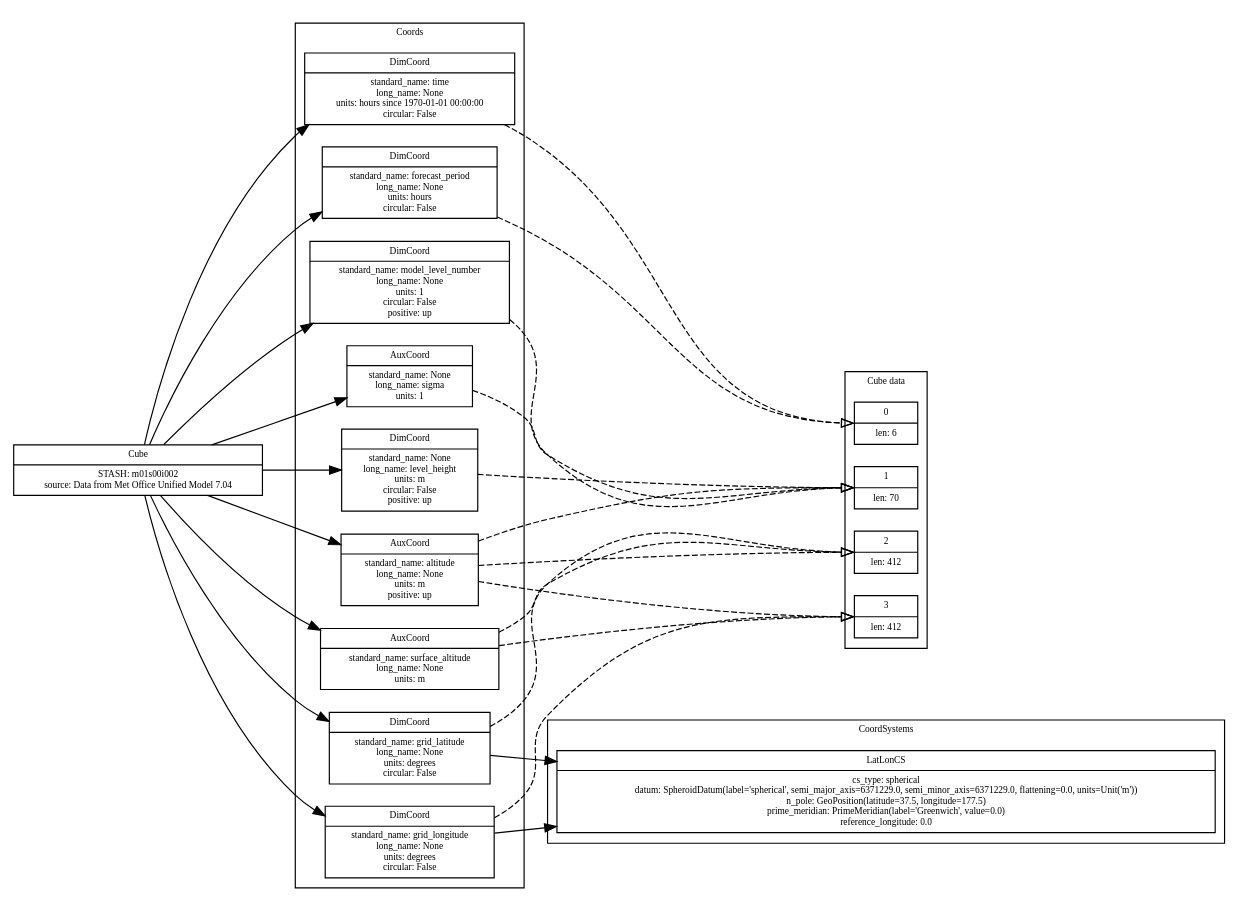
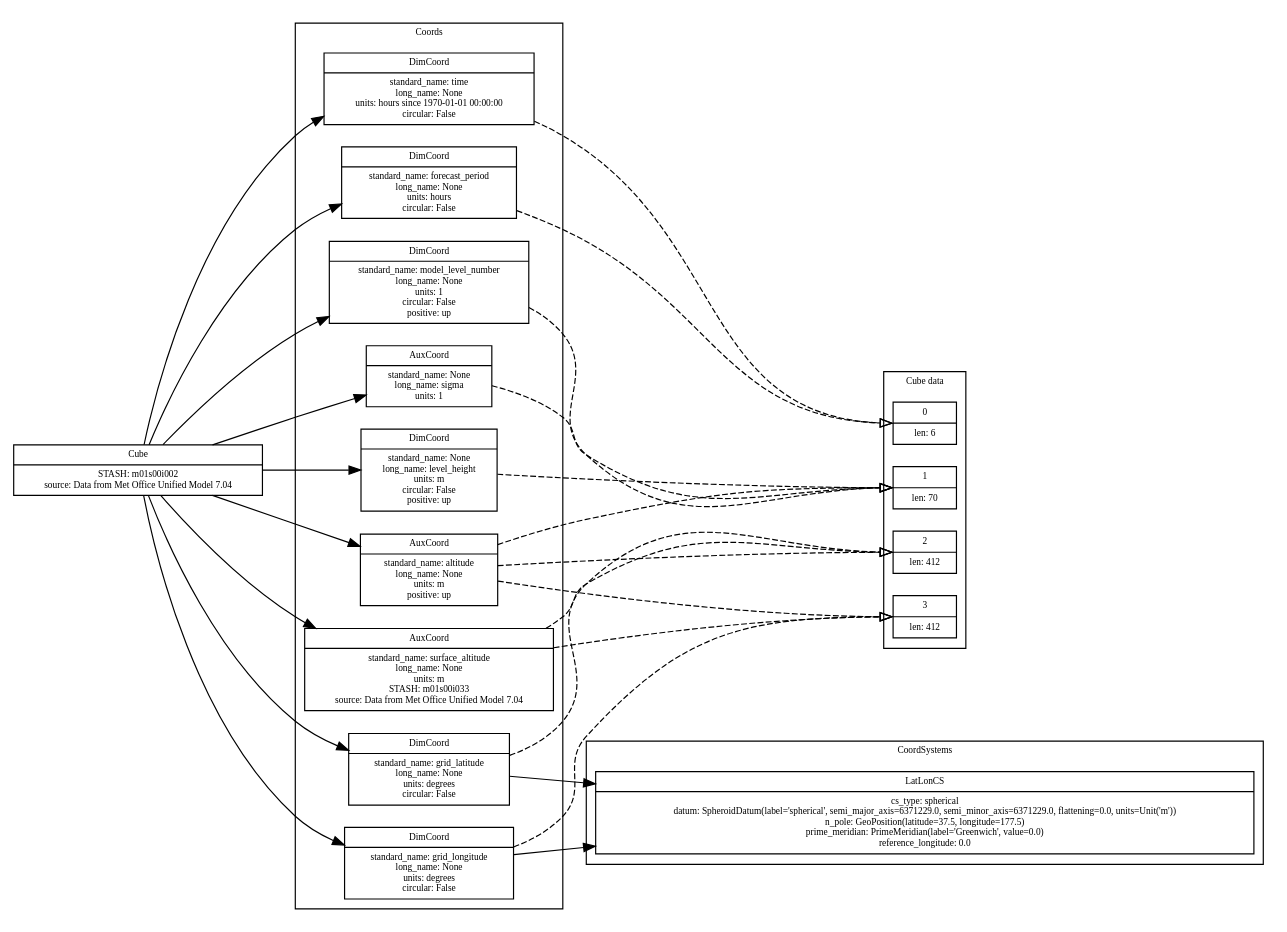
Before and after one commit to SciTools/iris-grib: the diagram in etc/iris_tests_results/file_load/5d_pp.dot, drawn with Graphviz. The commit also changed 1 other file, not shown here.

```diff
--- a/etc/iris_tests_results/file_load/5d_pp.dot
+++ b/etc/iris_tests_results/file_load/5d_pp.dot
@@ -1,121 +1,121 @@
 
 digraph CubeGraph{
 
     rankdir = "LR"
     fontname = "Bitstream Vera Sans"
     fontsize = 8
 
     node [
         fontname = "Bitstream Vera Sans"
         fontsize = 8
         shape = "record"
     ]
 
 #   Nodes
     ":Cube" [
         label = "Cube|STASH: m01s00i002\nsource: Data from Met Office Unified Model 7.04"
     ]
 
     
     subgraph clusterCubeDimensions {
         label="Cube data"
     
         "CubeDimension_0" [
             label = "0|len: 6"
         ]
 
         "CubeDimension_1" [
             label = "1|len: 70"
         ]
 
         "CubeDimension_2" [
             label = "2|len: 412"
         ]
 
         "CubeDimension_3" [
             label = "3|len: 412"
         ]
 
     }
     
     
     subgraph clusterCoords {
         label = "Coords"
         "Coord_0" [
             label = "AuxCoord|standard_name: altitude\nlong_name: None\nunits: m\npositive: up"
         ]
         "Coord_1" [
             label = "DimCoord|standard_name: forecast_period\nlong_name: None\nunits: hours\ncircular: False"
         ]
         "Coord_2" [
             label = "DimCoord|standard_name: grid_latitude\nlong_name: None\nunits: degrees\ncircular: False"
         ]
         "Coord_3" [
             label = "DimCoord|standard_name: grid_longitude\nlong_name: None\nunits: degrees\ncircular: False"
         ]
         "Coord_4" [
             label = "DimCoord|standard_name: None\nlong_name: level_height\nunits: m\ncircular: False\npositive: up"
         ]
         "Coord_5" [
             label = "DimCoord|standard_name: model_level_number\nlong_name: None\nunits: 1\ncircular: False\npositive: up"
         ]
         "Coord_6" [
             label = "AuxCoord|standard_name: None\nlong_name: sigma\nunits: 1"
         ]
         "Coord_7" [
-            label = "AuxCoord|standard_name: surface_altitude\nlong_name: None\nunits: m"
+            label = "AuxCoord|standard_name: surface_altitude\nlong_name: None\nunits: m\nSTASH: m01s00i033\nsource: Data from Met Office Unified Model 7.04"
         ]
         "Coord_8" [
             label = "DimCoord|standard_name: time\nlong_name: None\nunits: hours since 1970-01-01 00:00:00\ncircular: False"
         ]
 
     }
     
     
     subgraph clusterCoordSystems {
         label = "CoordSystems"
         "CoordSystem_LatLonCS_0" [
             label = "LatLonCS|cs_type: spherical\ndatum: SpheroidDatum(label='spherical', semi_major_axis=6371229.0, semi_minor_axis=6371229.0, flattening=0.0, units=Unit('m'))\nn_pole: GeoPosition(latitude=37.5, longitude=177.5)\nprime_meridian: PrimeMeridian(label='Greenwich', value=0.0)\nreference_longitude: 0.0"
         ]
 
     }
     
     edge [
         arrowhead = "normal"
     ]
 
 #   RELATIONSHIPS
 
 #   Containment
     
     ":Cube" -> "Coord_0"
     ":Cube" -> "Coord_1"
     "Coord_2" -> "CoordSystem_LatLonCS_0"
     ":Cube" -> "Coord_2"
     "Coord_3" -> "CoordSystem_LatLonCS_0"
     ":Cube" -> "Coord_3"
     ":Cube" -> "Coord_4"
     ":Cube" -> "Coord_5"
     ":Cube" -> "Coord_6"
     ":Cube" -> "Coord_7"
     ":Cube" -> "Coord_8"
     edge [
         style="dashed"
         arrowhead = "onormal"
     ]
 
 #   Association
     
     "Coord_0" -> "CubeDimension_1":w
     "Coord_0" -> "CubeDimension_2":w
     "Coord_0" -> "CubeDimension_3":w
     "Coord_1" -> "CubeDimension_0":w
     "Coord_2" -> "CubeDimension_2":w
     "Coord_3" -> "CubeDimension_3":w
     "Coord_4" -> "CubeDimension_1":w
     "Coord_5" -> "CubeDimension_1":w
     "Coord_6" -> "CubeDimension_1":w
     "Coord_7" -> "CubeDimension_2":w
     "Coord_7" -> "CubeDimension_3":w
     "Coord_8" -> "CubeDimension_0":w
 }
```
